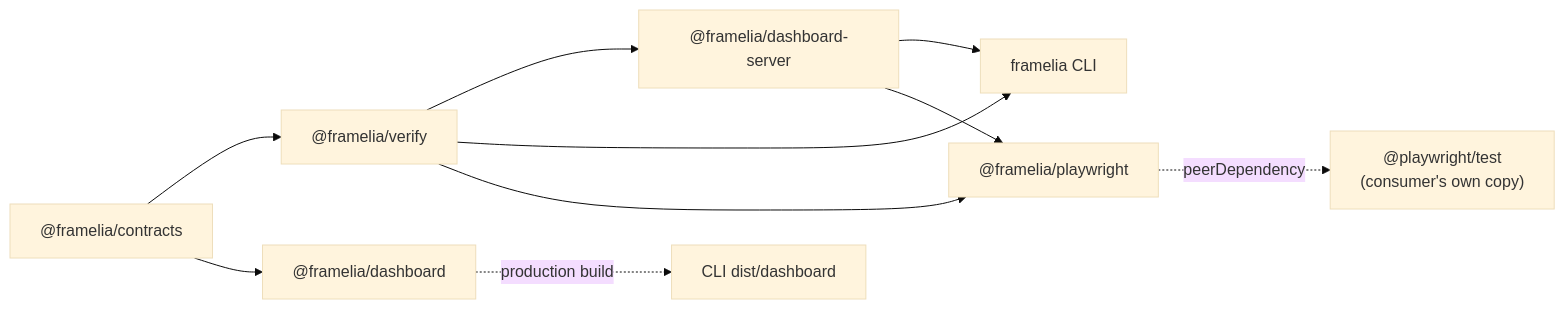
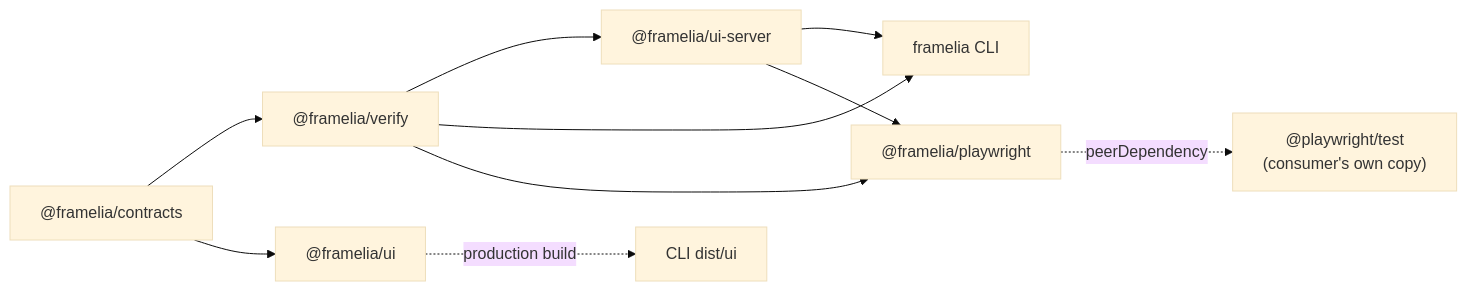
One commit to hungify/framelia changed the second of 2 diagrams in README.md. Above: the diagram before and after it, drawn with Mermaid (base theme). The commit also changed other lines of this file and 118 other files, not shown here.

Commit message:
refactor: rename dashboard concept to ui across cli, packages, and docs

````diff
--- a/README.md
+++ b/README.md
@@ -61,12 +61,12 @@
 ```mermaid
 flowchart LR
   Contracts["@framelia/contracts"] --> Verify["@framelia/verify"]
-  Contracts --> Dashboard["@framelia/dashboard"]
-  Verify --> DashServer["@framelia/dashboard-server"]
+  Contracts --> UI["@framelia/ui"]
+  Verify --> UIServer["@framelia/ui-server"]
   Verify --> CLI["framelia CLI"]
-  DashServer --> CLI
+  UIServer --> CLI
   Verify --> PW["@framelia/playwright"]
-  DashServer --> PW
-  Dashboard -. "production build" .-> Bundle["CLI dist/dashboard"]
+  UIServer --> PW
+  UI -. "production build" .-> Bundle["CLI dist/ui"]
   PW -. "peerDependency" .-> PWTest["@playwright/test<br/>(consumer's own copy)"]
 ```
````
